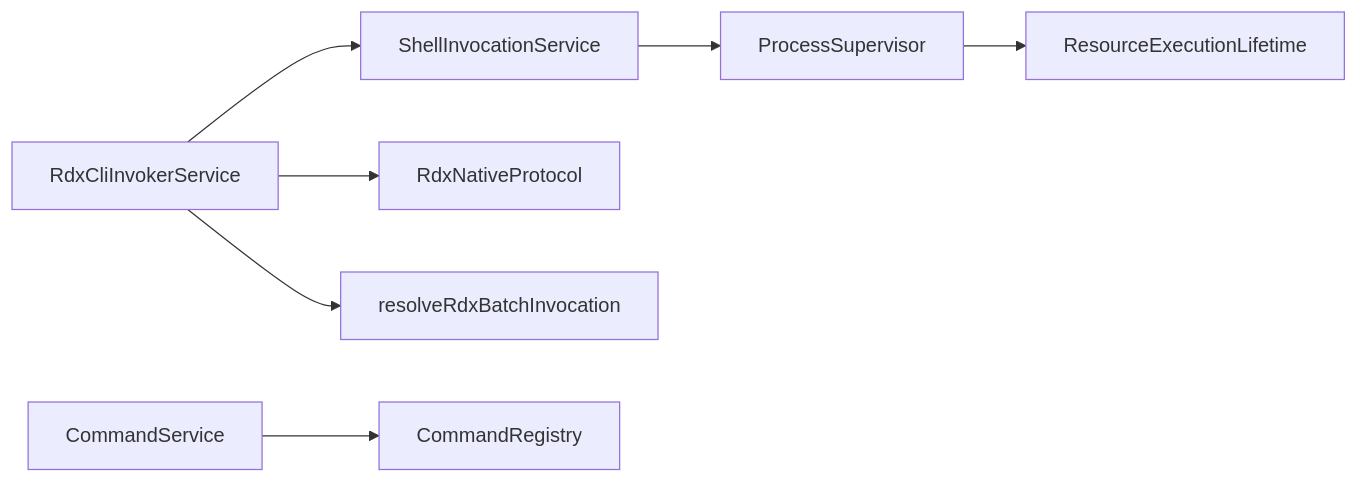
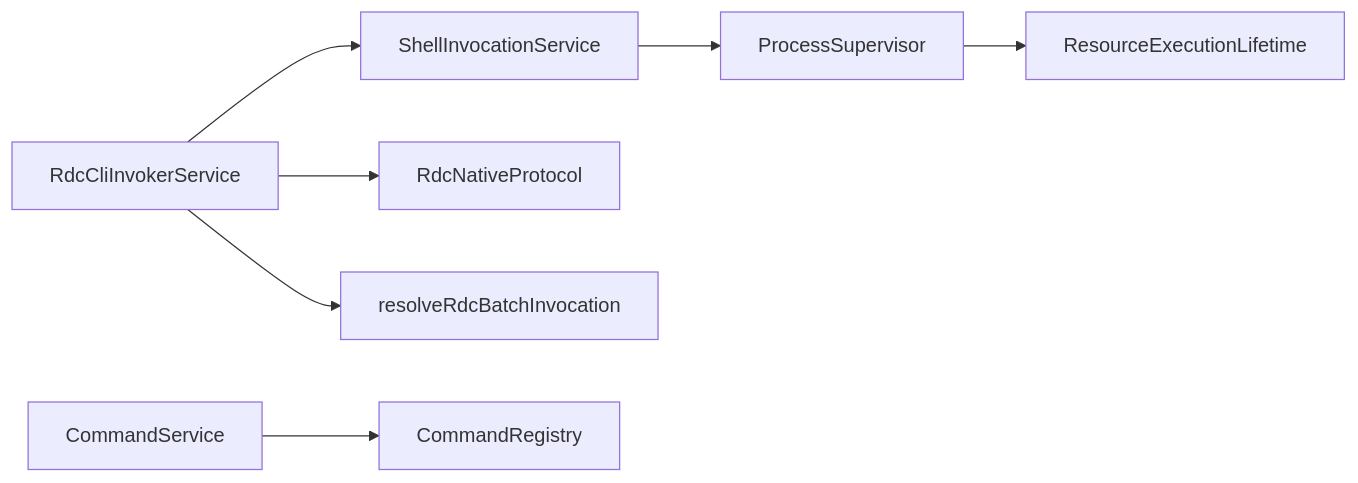
The seventh of 9 diagrams in .qoder/repowiki/zh/content/架构设计/主进程架构/工具执行系统.md (haolange/RDC-Agent), drawn with Mermaid before and after one commit. The commit also changed other lines of this file and 557 other files, not shown here.

````diff
--- a/.qoder/repowiki/zh/content/架构设计/主进程架构/工具执行系统.md
+++ b/.qoder/repowiki/zh/content/架构设计/主进程架构/工具执行系统.md
@@ -272,9 +272,9 @@
 ```mermaid
 graph LR
-A["RdxCliInvokerService"] --> B["ShellInvocationService"]
-A --> C["RdxNativeProtocol"]
-A --> D["resolveRdxBatchInvocation"]
+A["RdcCliInvokerService"] --> B["ShellInvocationService"]
+A --> C["RdcNativeProtocol"]
+A --> D["resolveRdcBatchInvocation"]
 B --> E["ProcessSupervisor"]
 E --> F["ResourceExecutionLifetime"]
 G["CommandService"] --> H["CommandRegistry"]
 ```
````
